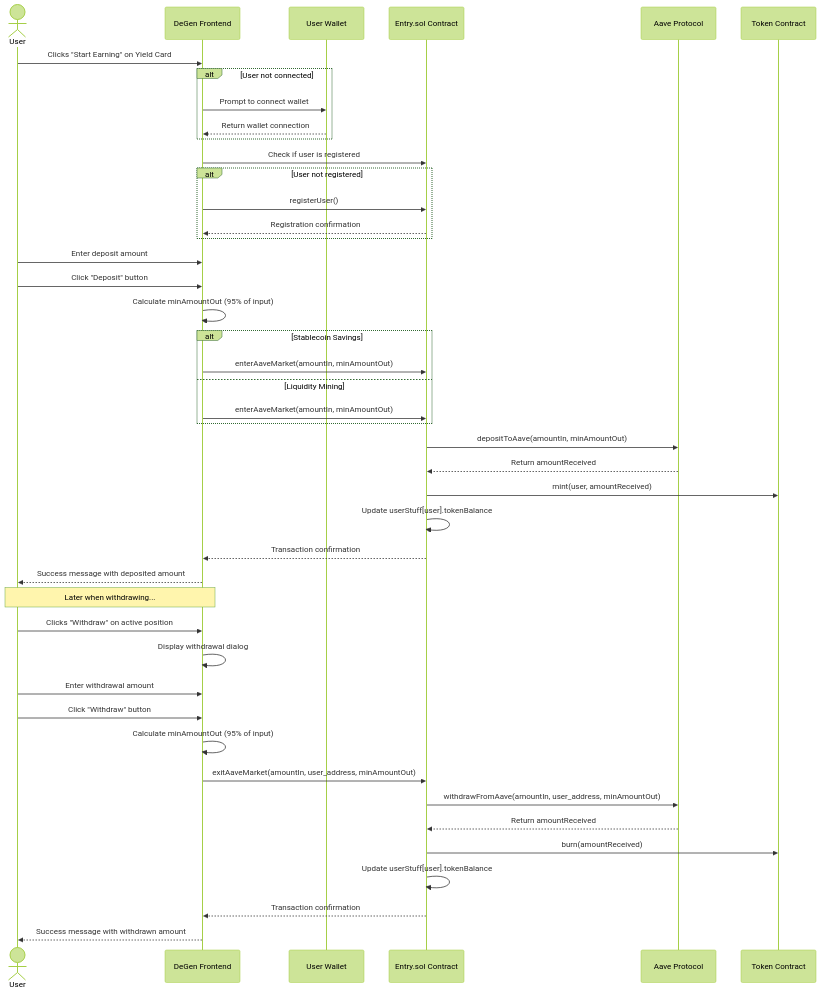
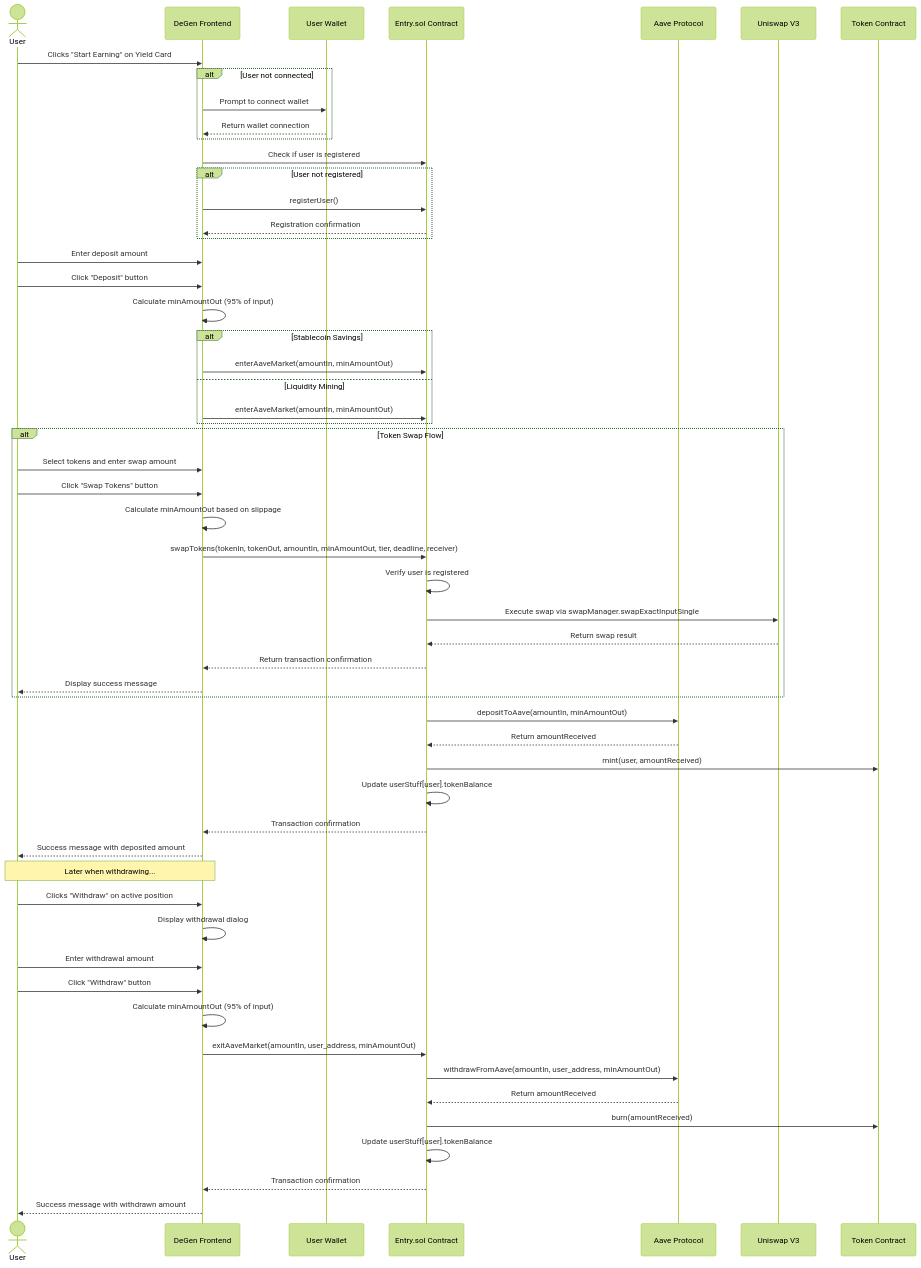
Before and after one commit to PatrickKish1/DeGen: the first of 2 diagrams in frontend/README-YIELD.md, drawn with Mermaid (forest theme). The commit also changed other lines of this file, not shown here.

Commit message:
feat: add TokenSwap component for ERC20 token swapping using Uniswap V3

````diff
--- a/frontend/README-YIELD.md
+++ b/frontend/README-YIELD.md
@@ -21,53 +22,66 @@
 ```mermaid
 sequenceDiagram
     actor User
     participant Frontend as DeGen Frontend
     participant Wallet as User Wallet
     participant Entry as Entry.sol Contract
     participant Aave as Aave Protocol
+    participant Uniswap as Uniswap V3
     participant Token as Token Contract
 
     User->>Frontend: Clicks "Start Earning" on Yield Card
     alt User not connected
         Frontend->>Wallet: Prompt to connect wallet
         Wallet-->>Frontend: Return wallet connection
     end
     
     Frontend->>Entry: Check if user is registered
     alt User not registered
         Frontend->>Entry: registerUser()
         Entry-->>Frontend: Registration confirmation
     end
     
     User->>Frontend: Enter deposit amount
     User->>Frontend: Click "Deposit" button
     Frontend->>Frontend: Calculate minAmountOut (95% of input)
     
     alt Stablecoin Savings
         Frontend->>Entry: enterAaveMarket(amountIn, minAmountOut)
     else Liquidity Mining
         Frontend->>Entry: enterAaveMarket(amountIn, minAmountOut)
+    end
+    
+    alt Token Swap Flow
+        User->>Frontend: Select tokens and enter swap amount
+        User->>Frontend: Click "Swap Tokens" button
+        Frontend->>Frontend: Calculate minAmountOut based on slippage
+        Frontend->>Entry: swapTokens(tokenIn, tokenOut, amountIn, minAmountOut, tier, deadline, receiver)
+        Entry->>Entry: Verify user is registered
+        Entry->>Uniswap: Execute swap via swapManager.swapExactInputSingle
+        Uniswap-->>Entry: Return swap result
+        Entry-->>Frontend: Return transaction confirmation
+        Frontend-->>User: Display success message
     end
 
     Entry->>Aave: depositToAave(amountIn, minAmountOut)
     Aave-->>Entry: Return amountReceived
     Entry->>Token: mint(user, amountReceived)
     Entry->>Entry: Update userStuff[user].tokenBalance
     Entry-->>Frontend: Transaction confirmation
     Frontend-->>User: Success message with deposited amount
     
     Note over User,Frontend: Later when withdrawing...
     
     User->>Frontend: Clicks "Withdraw" on active position
     Frontend->>Frontend: Display withdrawal dialog
     User->>Frontend: Enter withdrawal amount
     User->>Frontend: Click "Withdraw" button
     Frontend->>Frontend: Calculate minAmountOut (95% of input)
     Frontend->>Entry: exitAaveMarket(amountIn, user_address, minAmountOut)
     Entry->>Aave: withdrawFromAave(amountIn, user_address, minAmountOut)
     Aave-->>Entry: Return amountReceived
     Entry->>Token: burn(amountReceived)
     Entry->>Entry: Update userStuff[user].tokenBalance
     Entry-->>Frontend: Transaction confirmation
     Frontend-->>User: Success message with withdrawn amount
 ```
````
